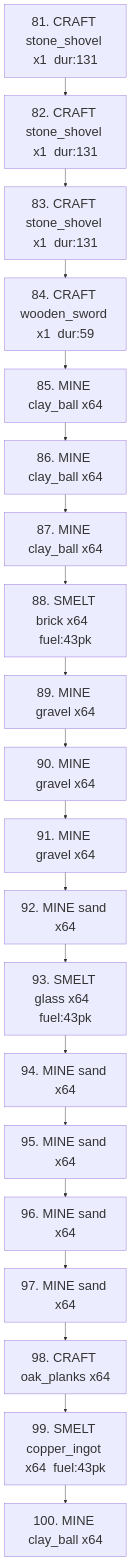
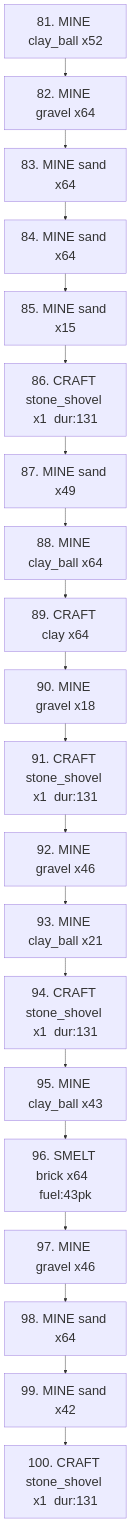
One commit to sdace9719/minecraft-planner changed the diagram in debug_utitlities/queue_batch_05.mmd. Above: the diagram before and after it, drawn with Mermaid. The commit also changed 23 other files, not shown here.

```diff
--- a/debug_utitlities/queue_batch_05.mmd
+++ b/debug_utitlities/queue_batch_05.mmd
@@ -1,44 +1,44 @@
 %%{init: {'flowchart': {'nodeSpacing': 10, 'rankSpacing': 40, 'padding': 16}, 'themeVariables': {'fontSize': '28px'}} }%%
 flowchart TD
     %% Phase 5 Execution Queue — tasks 81–100
 
-    n1["81. CRAFT stone_shovel x1  dur:131"]
-    n2["82. CRAFT stone_shovel x1  dur:131"]
-    n3["83. CRAFT stone_shovel x1  dur:131"]
-    n4["84. CRAFT wooden_sword x1  dur:59"]
-    n5["85. MINE clay_ball x64"]
-    n6["86. MINE clay_ball x64"]
-    n7["87. MINE clay_ball x64"]
-    n8["88. SMELT brick x64  fuel:43pk"]
-    n9["89. MINE gravel x64"]
-    n10["90. MINE gravel x64"]
-    n11["91. MINE gravel x64"]
-    n12["92. MINE sand x64"]
-    n13["93. SMELT glass x64  fuel:43pk"]
-    n14["94. MINE sand x64"]
-    n15["95. MINE sand x64"]
-    n16["96. MINE sand x64"]
-    n17["97. MINE sand x64"]
-    n18["98. CRAFT oak_planks x64"]
-    n19["99. SMELT copper_ingot x64  fuel:43pk"]
-    n20["100. MINE clay_ball x64"]
+    n1["81. MINE clay_ball x52"]
+    n2["82. MINE gravel x64"]
+    n3["83. MINE sand x64"]
+    n4["84. MINE sand x64"]
+    n5["85. MINE sand x15"]
+    n6["86. CRAFT stone_shovel x1  dur:131"]
+    n7["87. MINE sand x49"]
+    n8["88. MINE clay_ball x64"]
+    n9["89. CRAFT clay x64"]
+    n10["90. MINE gravel x18"]
+    n11["91. CRAFT stone_shovel x1  dur:131"]
+    n12["92. MINE gravel x46"]
+    n13["93. MINE clay_ball x21"]
+    n14["94. CRAFT stone_shovel x1  dur:131"]
+    n15["95. MINE clay_ball x43"]
+    n16["96. SMELT brick x64  fuel:43pk"]
+    n17["97. MINE gravel x46"]
+    n18["98. MINE sand x64"]
+    n19["99. MINE sand x42"]
+    n20["100. CRAFT stone_shovel x1  dur:131"]
 
     n1 --> n2
     n2 --> n3
     n3 --> n4
     n4 --> n5
     n5 --> n6
     n6 --> n7
     n7 --> n8
     n8 --> n9
     n9 --> n10
     n10 --> n11
     n11 --> n12
     n12 --> n13
     n13 --> n14
     n14 --> n15
     n15 --> n16
     n16 --> n17
     n17 --> n18
     n18 --> n19
     n19 --> n20
```
